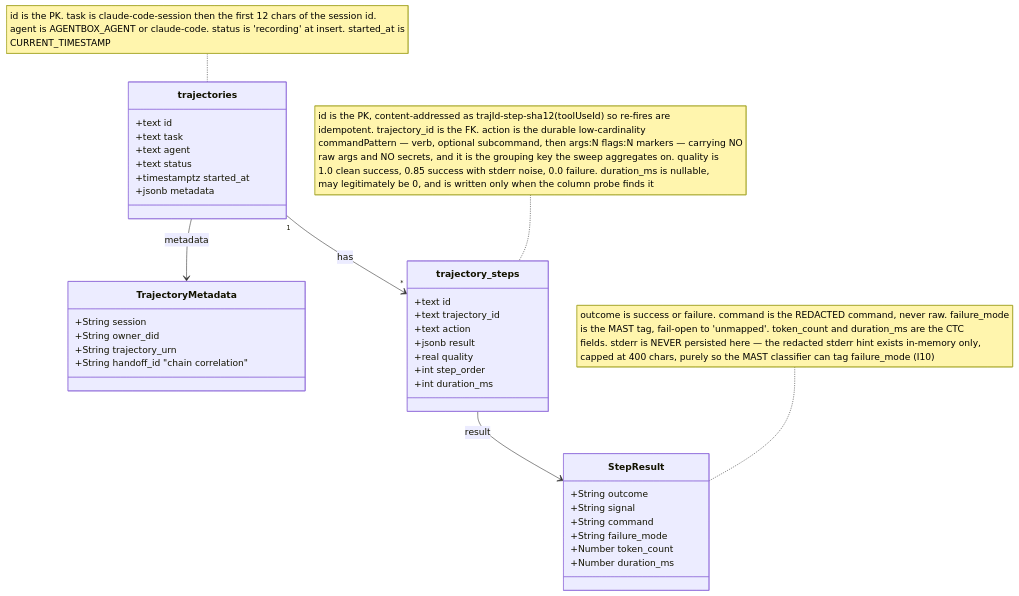
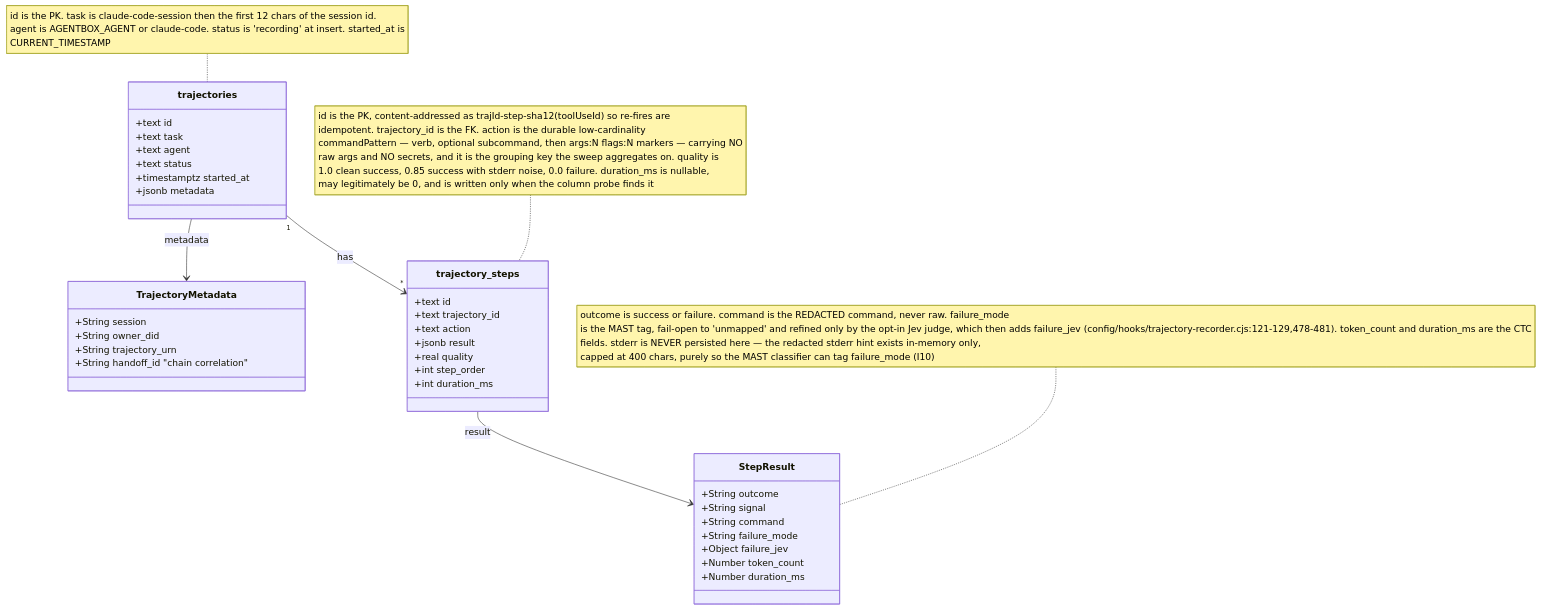
One commit to DreamLab-AI/VisionFlow changed the third of 10 diagrams in docs/diagrams/agentbox/21-learning-loop.md. Above: the diagram before and after it, drawn with Mermaid. The commit also changed other lines of this file and 160 other files, not shown here.

````diff
--- a/docs/diagrams/agentbox/21-learning-loop.md
+++ b/docs/diagrams/agentbox/21-learning-loop.md
@@ -117,40 +118,41 @@
 ```mermaid
 classDiagram
     class trajectories {
         +text id
         +text task
         +text agent
         +text status
         +timestamptz started_at
         +jsonb metadata
     }
     class TrajectoryMetadata {
         +String session
         +String owner_did
         +String trajectory_urn
         +String handoff_id "chain correlation"
     }
     class trajectory_steps {
         +text id
         +text trajectory_id
         +text action
         +jsonb result
         +real quality
         +int step_order
         +int duration_ms
     }
     class StepResult {
         +String outcome
         +String signal
         +String command
         +String failure_mode
+        +Object failure_jev
         +Number token_count
         +Number duration_ms
     }
     trajectories --> TrajectoryMetadata : metadata
     trajectories "1" --> "*" trajectory_steps : has
     trajectory_steps --> StepResult : result
     note for trajectory_steps "id is the PK, content-addressed as trajId-step-sha12(toolUseId) so re-fires are<br/>idempotent. trajectory_id is the FK. action is the durable low-cardinality<br/>commandPattern — verb, optional subcommand, then args:N flags:N markers — carrying NO<br/>raw args and NO secrets, and it is the grouping key the sweep aggregates on. quality is<br/>1.0 clean success, 0.85 success with stderr noise, 0.0 failure. duration_ms is nullable,<br/>may legitimately be 0, and is written only when the column probe finds it"
     note for trajectories "id is the PK. task is claude-code-session then the first 12 chars of the session id.<br/>agent is AGENTBOX_AGENT or claude-code. status is 'recording' at insert. started_at is<br/>CURRENT_TIMESTAMP"
-    note for StepResult "outcome is success or failure. command is the REDACTED command, never raw. failure_mode<br/>is the MAST tag, fail-open to 'unmapped'. token_count and duration_ms are the CTC<br/>fields. stderr is NEVER persisted here — the redacted stderr hint exists in-memory only,<br/>capped at 400 chars, purely so the MAST classifier can tag failure_mode (I10)"
+    note for StepResult "outcome is success or failure. command is the REDACTED command, never raw. failure_mode<br/>is the MAST tag, fail-open to 'unmapped' and refined only by the opt-in Jev judge, which then adds failure_jev (config/hooks/trajectory-recorder.cjs:121-129,478-481). token_count and duration_ms are the CTC<br/>fields. stderr is NEVER persisted here — the redacted stderr hint exists in-memory only,<br/>capped at 400 chars, purely so the MAST classifier can tag failure_mode (I10)"
 ```
````
